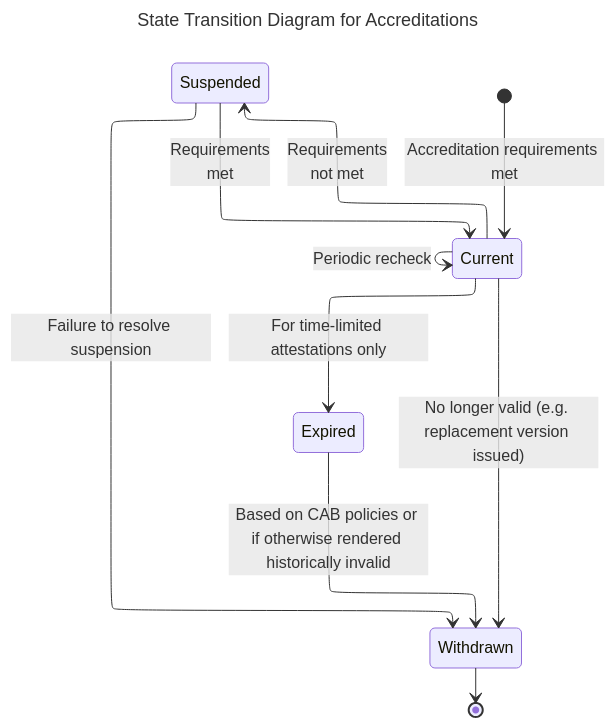
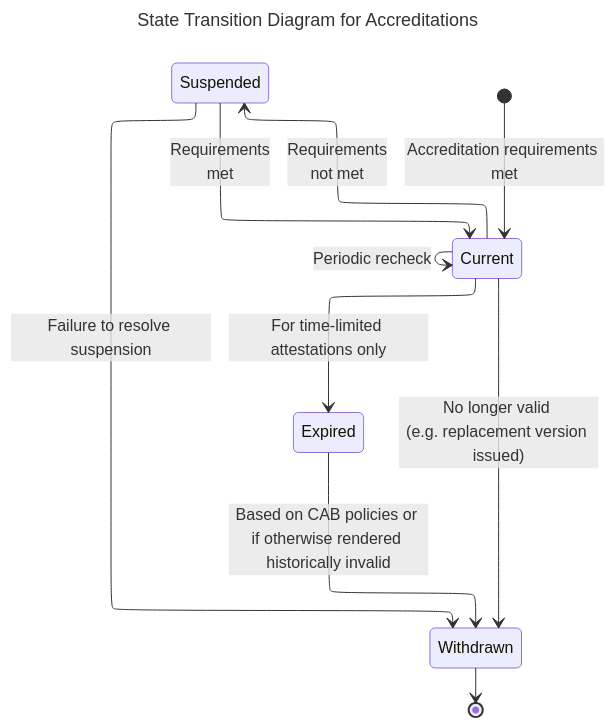
The second of 3 diagrams in docs/lifeCycle.md (sezoo-digital/Verifiable-Credential-Papers), drawn with Mermaid before and after one commit.

Commit message:
Tweak to diagram

````diff
--- a/docs/lifeCycle.md
+++ b/docs/lifeCycle.md
@@ -60,25 +60,25 @@
 ```mermaid
 ---
 config:
   layout: elk
 title: State Transition Diagram for Accreditations
 ---
 stateDiagram-v2
   direction TB
   %% define states
   C: Current
   S: Suspended
   X: Expired
   W: Withdrawn
 
   %% transitions
   [*] --> C:Accreditation requirements met
   C --> C : Periodic recheck
   C --> S : Requirements</br>not met
-  C --> W : No longer valid (e.g. replacement version issued)
+  C --> W : No longer valid </br>(e.g. replacement version issued)
   C --> X : For time-limited attestations only
   S --> C : Requirements</br>met
   S --> W : Failure to resolve suspension
   X --> W : Based on CAB policies or <br/>if otherwise rendered historically invalid
   W --> [*]
 ```
````
